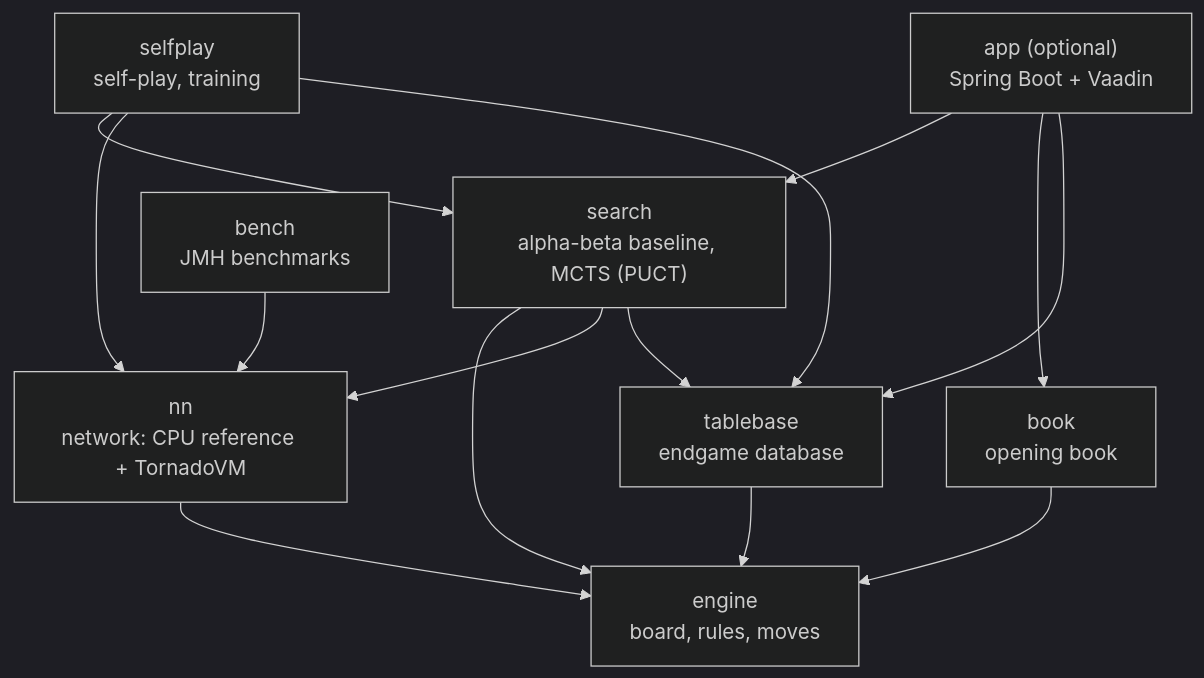
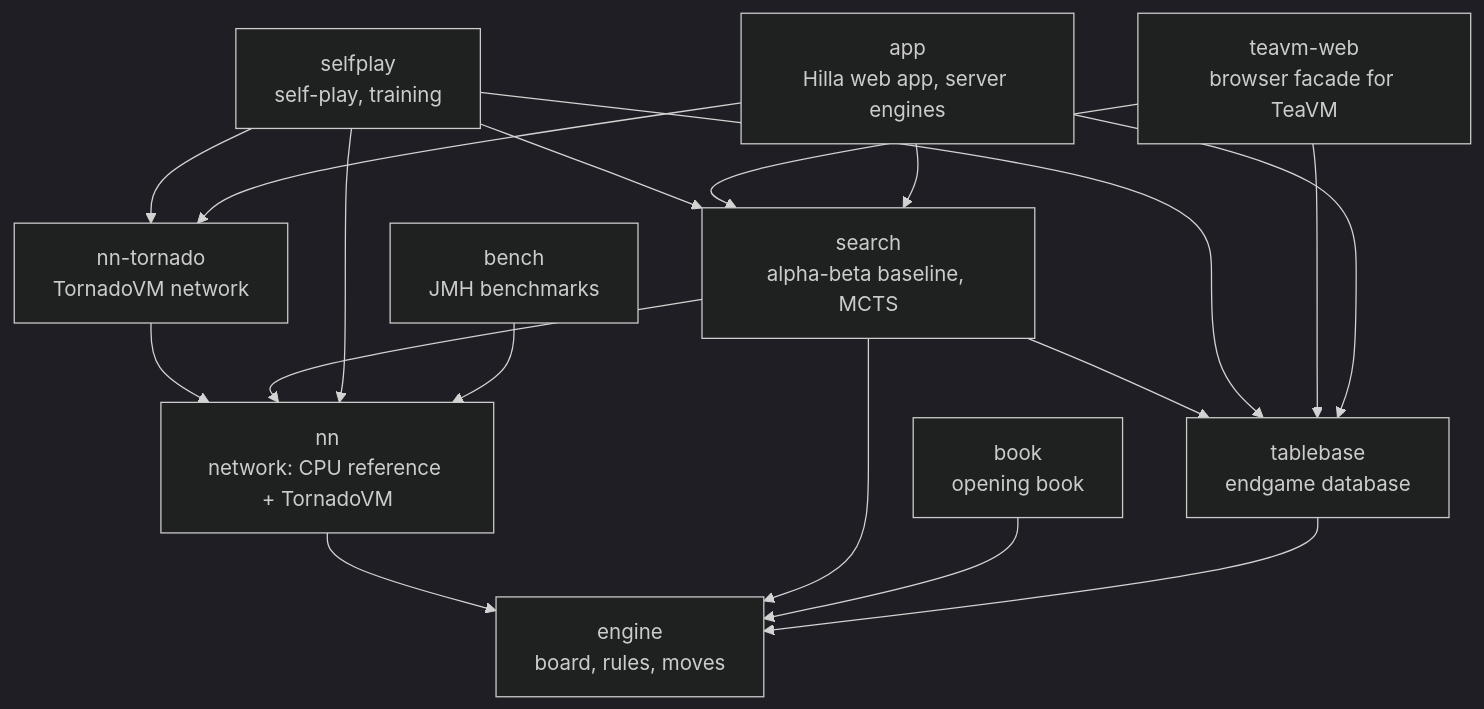
The first of 3 diagrams in docs/architecture.md (geggo98/marble-lantern), drawn with Mermaid (dark theme) before and after one commit. The commit also changed other lines of this file and 4 other files, not shown here.

Commit message:
docs: web UI, web benchmark, ADR 0002 on the default browser engine; update README and architecture

````diff
--- a/docs/architecture.md
+++ b/docs/architecture.md
@@ -43,25 +57,31 @@
 ```mermaid
 graph TD
     engine["engine<br/>board, rules, moves"]
     nn["nn<br/>network: CPU reference + TornadoVM"]
-    search["search<br/>alpha-beta baseline, MCTS (PUCT)"]
+    search["search<br/>alpha-beta baseline, MCTS"]
     selfplay["selfplay<br/>self-play, training"]
     book["book<br/>opening book"]
     tablebase["tablebase<br/>endgame database"]
     bench["bench<br/>JMH benchmarks"]
-    app["app (optional)<br/>Spring Boot + Vaadin"]
+    nntornado["nn-tornado<br/>TornadoVM network"]
+    teavm["teavm-web<br/>browser facade for TeaVM"]
+    app["app<br/>Hilla web app, server engines"]
 
     nn --> engine
+    nntornado --> nn
     search --> engine
     search --> nn
     search --> tablebase
     selfplay --> search
     selfplay --> nn
+    selfplay --> nntornado
     selfplay --> tablebase
     book --> engine
     tablebase --> engine
     bench --> nn
+    teavm --> search
+    teavm --> tablebase
     app --> search
-    app --> book
     app --> tablebase
+    app --> nntornado
 ```
````
